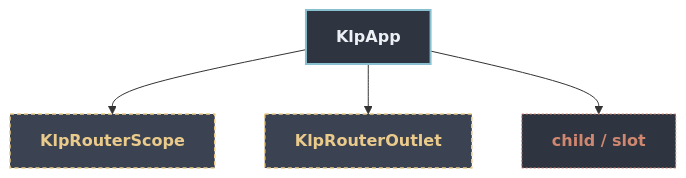
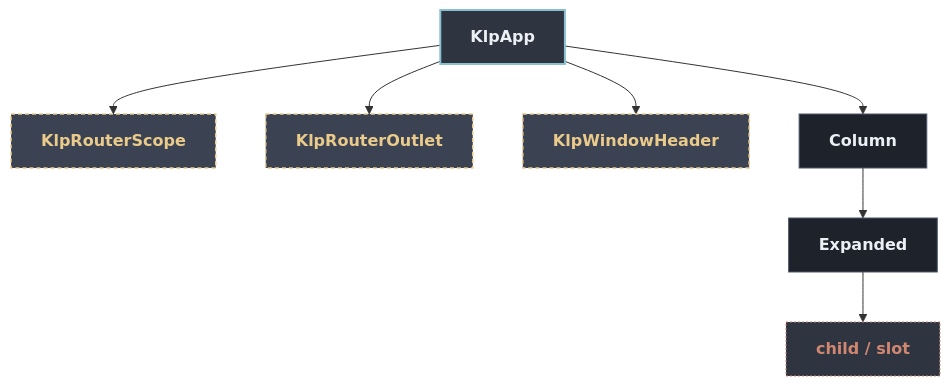
The diagram in docs/architecture/components/app/klp_app.md (MiuDog/Kallopis), drawn with Mermaid before and after one commit. The commit also changed other lines of this file and 195 other files, not shown here.

````diff
--- a/docs/architecture/components/app/klp_app.md
+++ b/docs/architecture/components/app/klp_app.md
@@ -13,16 +13,22 @@
 ```mermaid
 flowchart TD
   classDef default fill:#1E222B,stroke:#4C566A,stroke-width:1px,color:#ECEFF4;
   classDef root fill:#2E3440,stroke:#88C0D0,stroke-width:2px,color:#ECEFF4,font-weight:bold;
   classDef reference fill:#3B4252,stroke:#EBCB8B,stroke-width:1.5px,stroke-dasharray: 4 3,color:#EBCB8B;
   classDef container fill:#2E3440,stroke:#A3BE8C,stroke-width:1.5px,color:#A3BE8C;
   classDef slot fill:#2E3440,stroke:#D08770,stroke-width:1px,stroke-dasharray: 2 2,color:#D08770;
 
   root["KlpApp"]:::root
   n1["KlpRouterScope"]:::reference
   root --> n1
   n2["KlpRouterOutlet"]:::reference
   root --> n2
-  n3["child / slot"]:::slot
+  n3["KlpWindowHeader"]:::reference
   root --> n3
+  n4["Column"]
+  root --> n4
+  n5["Expanded"]
+  n4 --> n5
+  n6["child / slot"]:::slot
+  n5 --> n6
 ```
````
